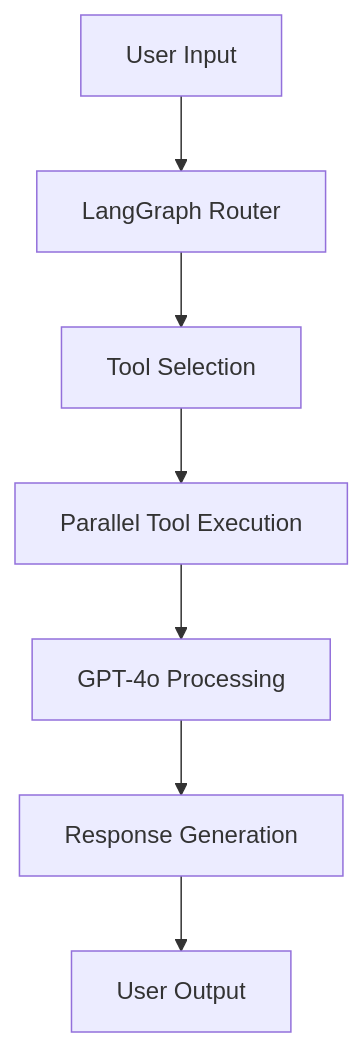
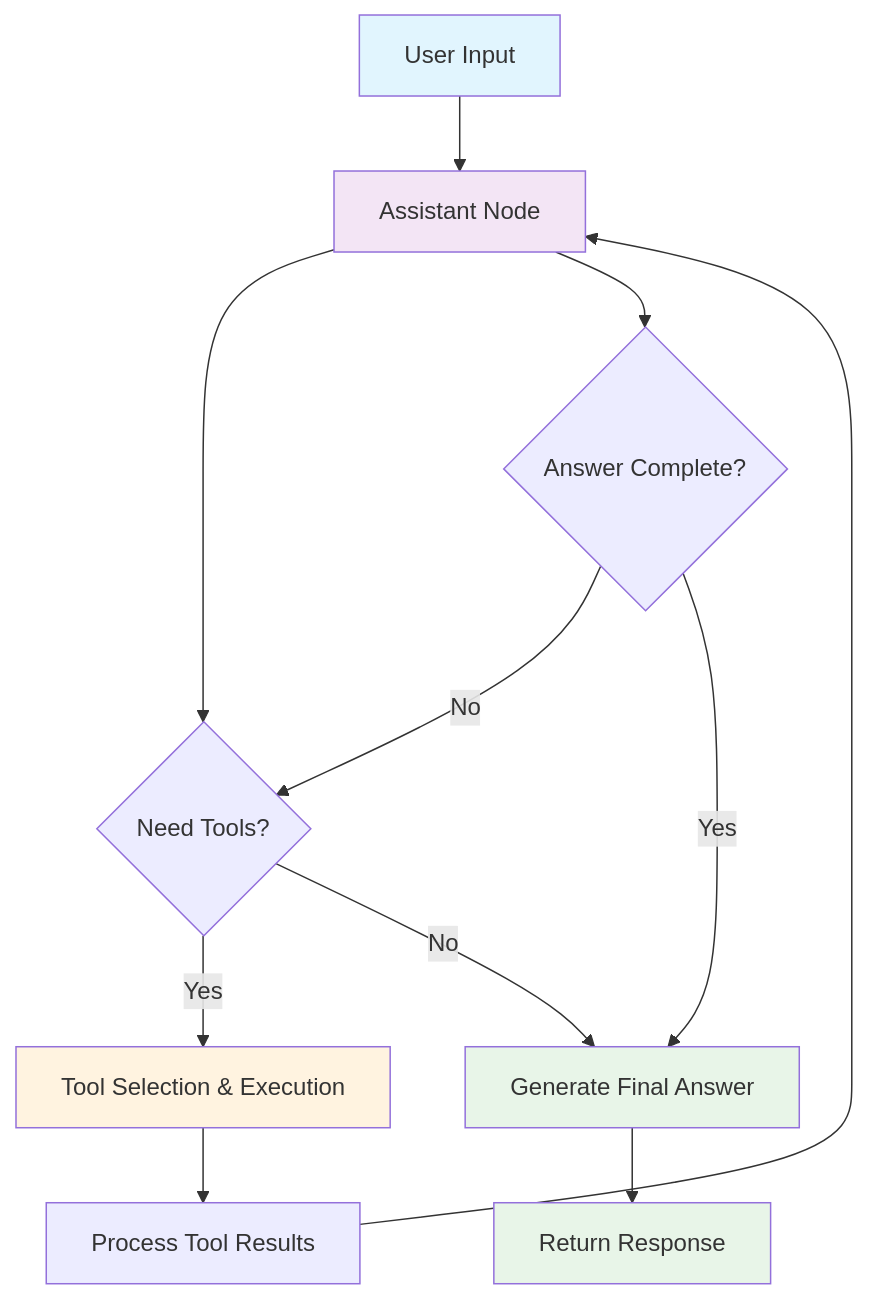
The diagram in AI_Assistant/readme.md (AbdulRehman0004/AI-Agents), drawn with Mermaid before and after one commit. The commit also changed other lines of this file, not shown here.

````diff
--- a/AI_Assistant/readme.md
+++ b/AI_Assistant/readme.md
@@ -228,9 +169,19 @@
 ```mermaid
 graph TD
-    A[User Input] --> B[LangGraph Router]
-    B --> C[Tool Selection]
-    C --> D[Parallel Tool Execution]
-    D --> E[GPT-4o Processing]
-    E --> F[Response Generation]
-    F --> G[User Output]
+    A[User Input] --> B[Assistant Node]
+    B --> C{Need Tools?}
+    C -->|Yes| D[Tool Selection & Execution]
+    C -->|No| E[Generate Final Answer]
+    D --> F[Process Tool Results]
+    F --> B
+    B --> G{Answer Complete?}
+    G -->|No| C
+    G -->|Yes| E
+    E --> H[Return Response]
+    
+    style A fill:#e1f5fe
+    style B fill:#f3e5f5
+    style D fill:#fff3e0
+    style E fill:#e8f5e8
+    style H fill:#e8f5e8
 ```
````
